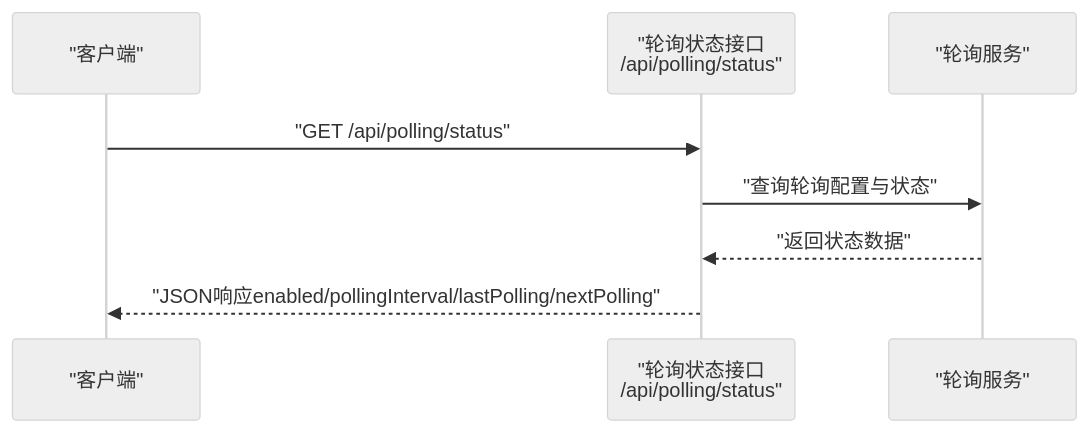
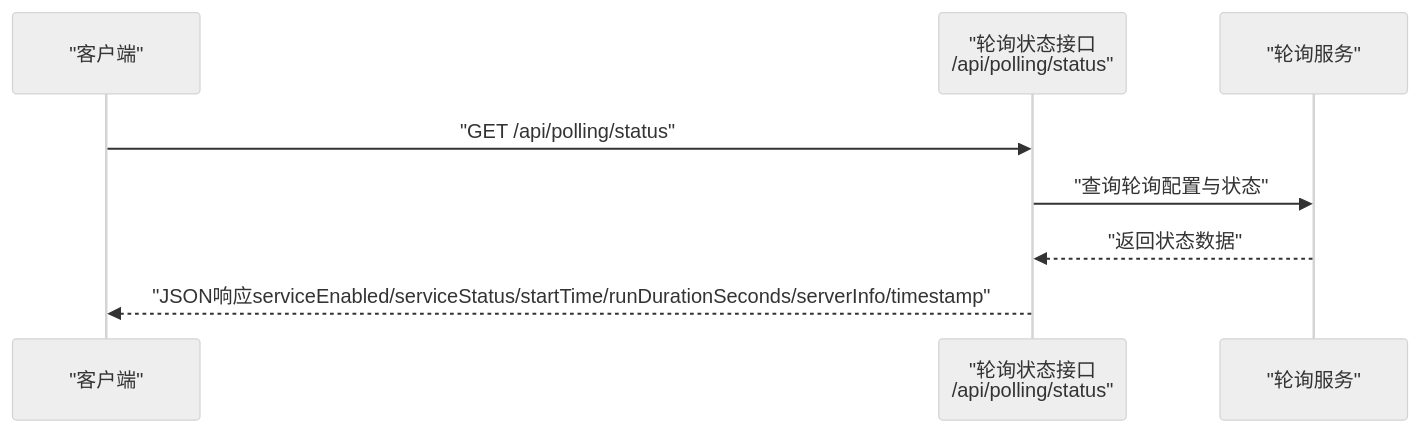
The third of 6 diagrams in .qoder/repowiki/zh/content/API参考/轮询状态API.md (liuzh2008/med_ai_assistant_workspace), drawn with Mermaid (neutral theme) before and after one commit. The commit also changed other lines of this file and 3 other files, not shown here.

````diff
--- a/.qoder/repowiki/zh/content/API参考/轮询状态API.md
+++ b/.qoder/repowiki/zh/content/API参考/轮询状态API.md
@@ -123,10 +149,10 @@
 ```mermaid
 sequenceDiagram
 participant C as "客户端"
 participant API as "轮询状态接口<br/>/api/polling/status"
 participant SVC as "轮询服务"
 C->>API : "GET /api/polling/status"
 API->>SVC : "查询轮询配置与状态"
 SVC-->>API : "返回状态数据"
-API-->>C : "JSON响应enabled/pollingInterval/lastPolling/nextPolling"
+API-->>C : "JSON响应serviceEnabled/serviceStatus/startTime/runDurationSeconds/serverInfo/timestamp"
 ```
````
